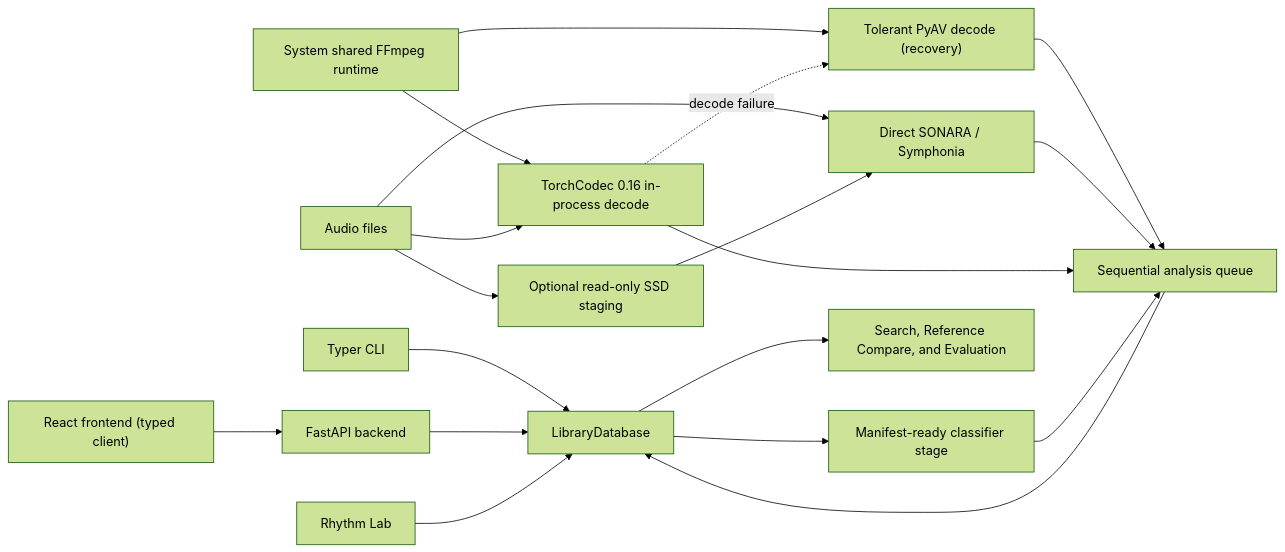
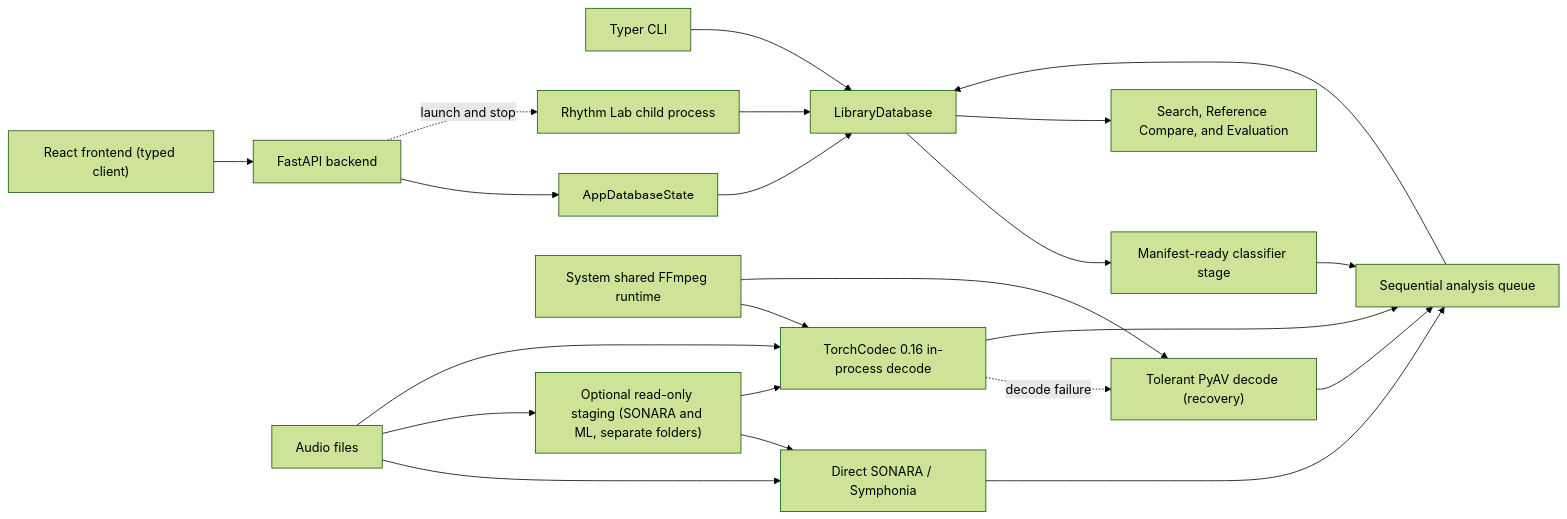
The diagram in docs/dj-track-similarity/developer/architecture.md (MeteorBurn/dj-track-similarity), drawn with Mermaid (forest theme) before and after one commit. The commit also changed other lines of this file and 55 other files, not shown here.

````diff
--- a/docs/dj-track-similarity/developer/architecture.md
+++ b/docs/dj-track-similarity/developer/architecture.md
@@ -7,21 +7,24 @@
 ```mermaid
 flowchart LR
     CLI[Typer CLI] --> DB[LibraryDatabase]
-    API[FastAPI backend] --> DB
+    API[FastAPI backend] --> State[AppDatabaseState]
+    State --> DB
     UI["React frontend (typed client)"] --> API
     Audio[Audio files] --> Sonara[Direct SONARA / Symphonia]
-    Audio --> Stage[Optional read-only SSD staging]
+    Audio --> Stage["Optional read-only staging (SONARA and ML, separate folders)"]
     Stage --> Sonara
+    Stage --> TorchCodec
     SharedFFmpeg["System shared FFmpeg runtime"] --> TorchCodec[TorchCodec 0.16 in-process decode]
     SharedFFmpeg --> PyAV["Tolerant PyAV decode (recovery)"]
     Audio --> TorchCodec
     TorchCodec -. decode failure .-> PyAV
     PyAV --> Queue
     Sonara --> Queue[Sequential analysis queue]
     TorchCodec --> Queue
     Queue --> DB
     DB --> Classifiers[Manifest-ready classifier stage]
     Classifiers --> Queue
     DB --> Search[Search, Reference Compare, and Evaluation]
-    Lab[Rhythm Lab] --> DB
+    API -. launch and stop .-> Lab[Rhythm Lab child process]
+    Lab --> DB
 ```
````
